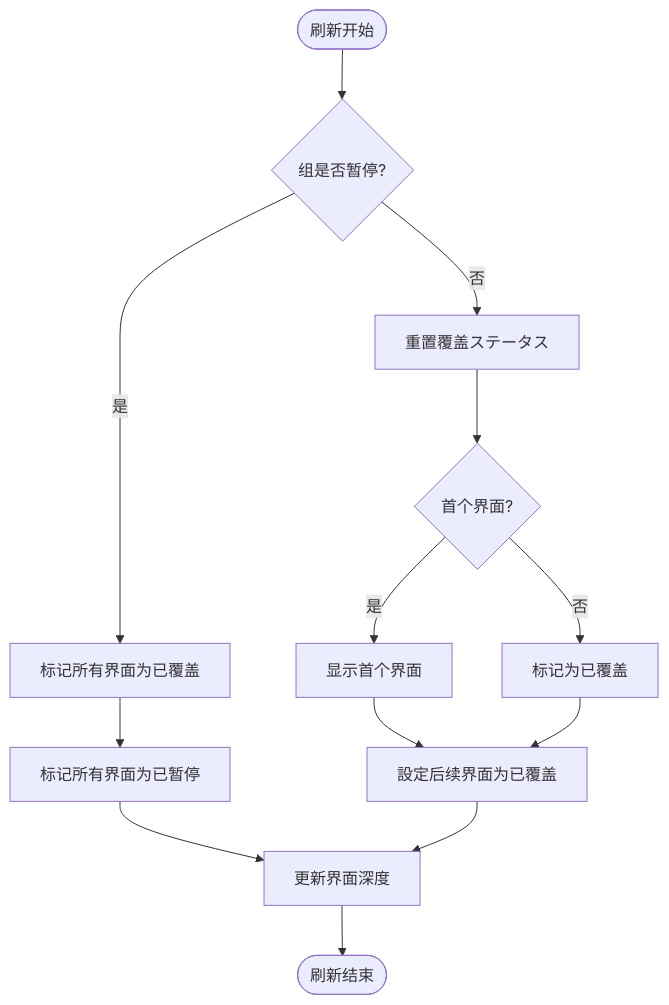
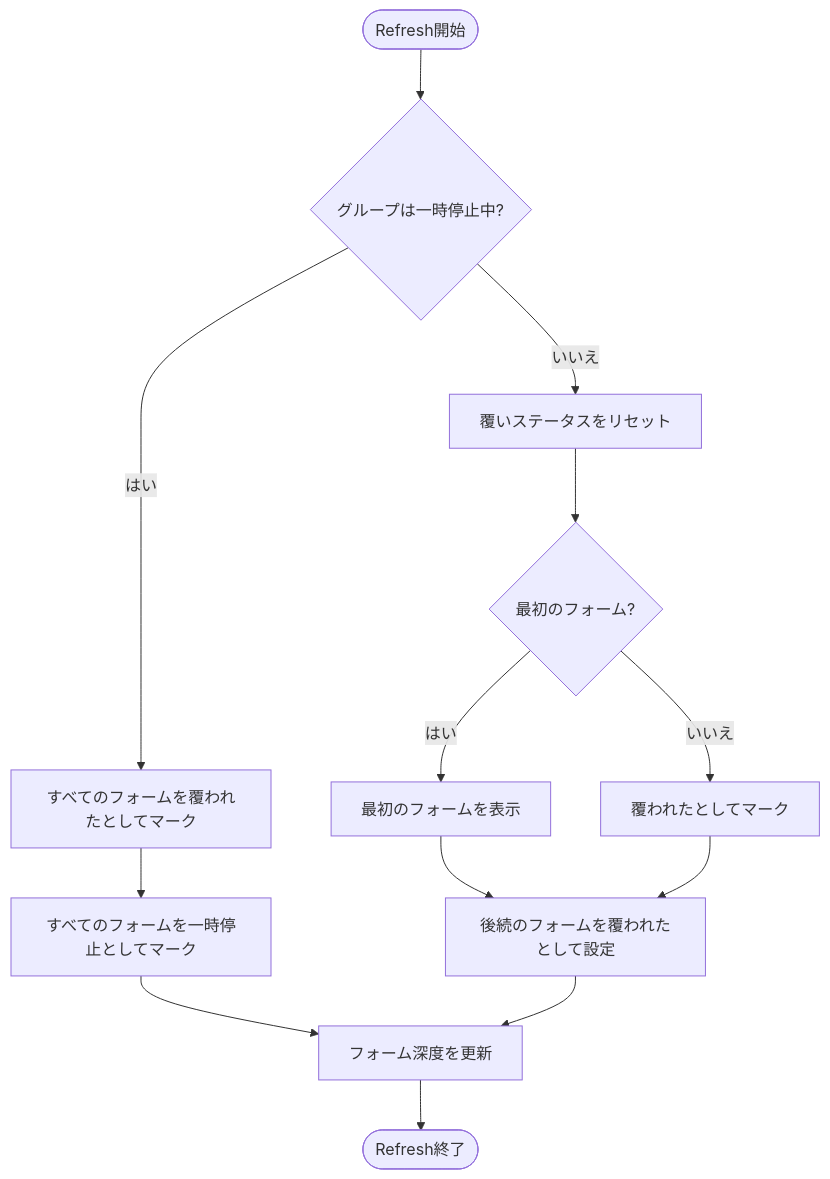
The second of 3 diagrams in docs/ja/client/unity/component/ui/14.iuigroup-api.md (AlianBlank/GameFrameX.Docs), drawn with Mermaid before and after one commit. The commit also changed other lines of this file and 320 other files, not shown here.

````diff
--- a/docs/ja/client/unity/component/ui/14.iuigroup-api.md
+++ b/docs/ja/client/unity/component/ui/14.iuigroup-api.md
@@ -88,20 +88,20 @@
 ```mermaid
 flowchart TD
-    Start([刷新开始]) --> CheckPause{组是否暂停?}
-    
-    CheckPause -->|是| MarkCovered[标记所有界面为已覆盖]
-    MarkCovered --> MarkPaused[标记所有界面为已暂停]
-    MarkPaused --> UpdateDepths[更新界面深度]
-    UpdateDepths --> End([刷新结束])
-    
-    CheckPause -->|否| ResetCover[重置覆盖ステータス]
-    ResetCover --> FirstForm{首个界面?}
-    
-    FirstForm -->|是| RevealFirst[显示首个界面]
-    FirstForm -->|否| MarkCovered2[标记为已覆盖]
-    
-    RevealFirst --> SetCover[設定后续界面为已覆盖]
+    Start([Refresh開始]) --> CheckPause{グループは一時停止中?}
+
+    CheckPause -->|はい| MarkCovered[すべてのフォームを覆われたとしてマーク]
+    MarkCovered --> MarkPaused[すべてのフォームを一時停止としてマーク]
+    MarkPaused --> UpdateDepths[フォーム深度を更新]
+    UpdateDepths --> End([Refresh終了])
+
+    CheckPause -->|いいえ| ResetCover[覆いステータスをリセット]
+    ResetCover --> FirstForm{最初のフォーム?}
+
+    FirstForm -->|はい| RevealFirst[最初のフォームを表示]
+    FirstForm -->|いいえ| MarkCovered2[覆われたとしてマーク]
+
+    RevealFirst --> SetCover[後続のフォームを覆われたとして設定]
     MarkCovered2 --> SetCover
-    
+
     SetCover --> UpdateDepths
 ```
````
